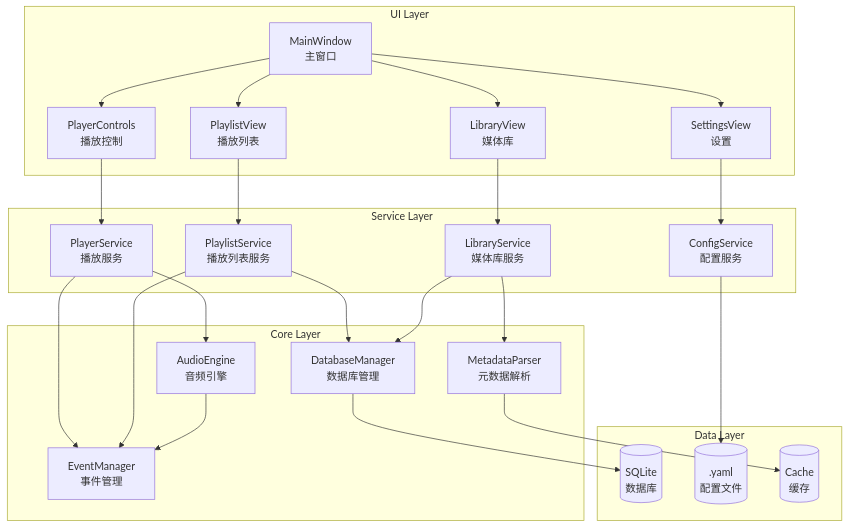
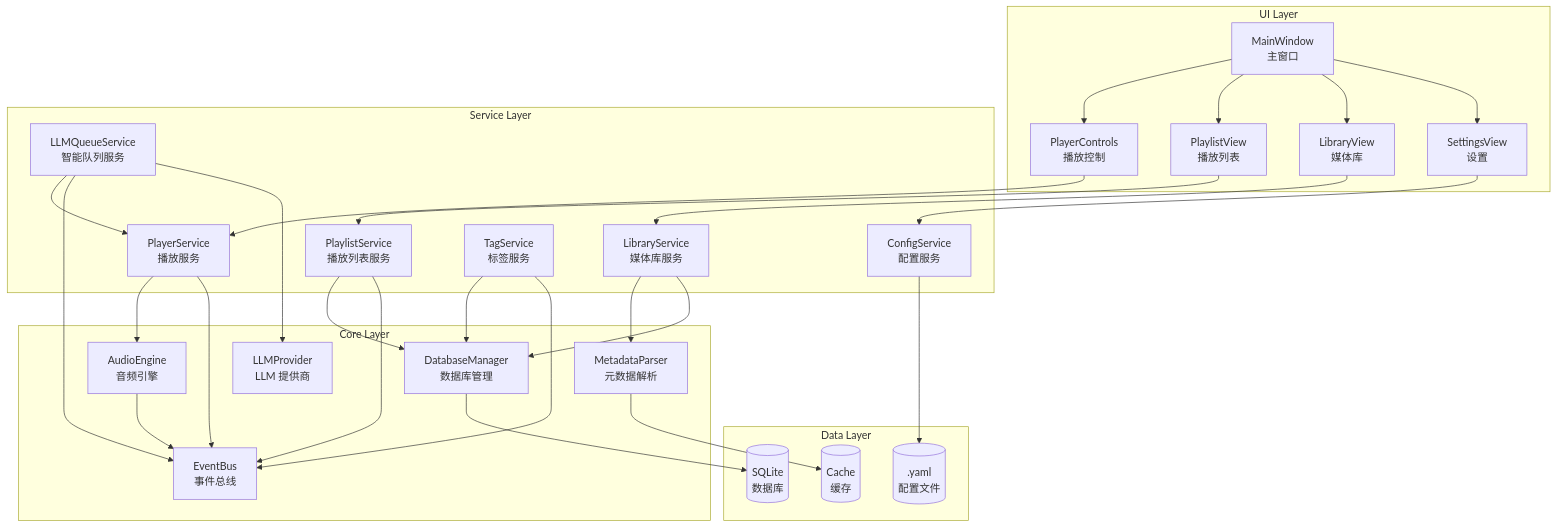
One commit to hangnum/music changed the first of 5 diagrams in docs/architecture.md. Above: the diagram before and after it, drawn with Mermaid. The commit also changed other lines of this file and 5 other files, not shown here.

Commit message:
docs: Add initial project documentation for technical design, API, architecture, and code style, and update project overview to include LLM providers and new services.

````diff
--- a/docs/architecture.md
+++ b/docs/architecture.md
@@ -33,45 +33,50 @@
 ```mermaid
 graph TB
     subgraph UI Layer
         MW[MainWindow<br/>主窗口]
         PC[PlayerControls<br/>播放控制]
         PL[PlaylistView<br/>播放列表]
         LB[LibraryView<br/>媒体库]
         ST[SettingsView<br/>设置]
     end
     
     subgraph Service Layer
         PS[PlayerService<br/>播放服务]
         PLS[PlaylistService<br/>播放列表服务]
         LBS[LibraryService<br/>媒体库服务]
         CS[ConfigService<br/>配置服务]
+        TS[TagService<br/>标签服务]
+        LLM[LLMQueueService<br/>智能队列服务]
     end
     
     subgraph Core Layer
         AE[AudioEngine<br/>音频引擎]
         MD[MetadataParser<br/>元数据解析]
         DB[DatabaseManager<br/>数据库管理]
-        EM[EventManager<br/>事件管理]
+        EM[EventBus<br/>事件总线]
+        LP[LLMProvider<br/>LLM 提供商]
     end
     
     subgraph Data Layer
         SQL[(SQLite<br/>数据库)]
         CFG[(.yaml<br/>配置文件)]
         CACHE[(Cache<br/>缓存)]
     end
     
     MW --> PC & PL & LB & ST
     PC --> PS
     PL --> PLS
     LB --> LBS
     ST --> CS
     
     PS --> AE & EM
     PLS --> DB & EM
     LBS --> MD & DB
+    TS --> DB & EM
+    LLM --> PS & EM & LP
     CS --> CFG
     
     AE --> EM
     MD --> CACHE
     DB --> SQL
 ```
````
